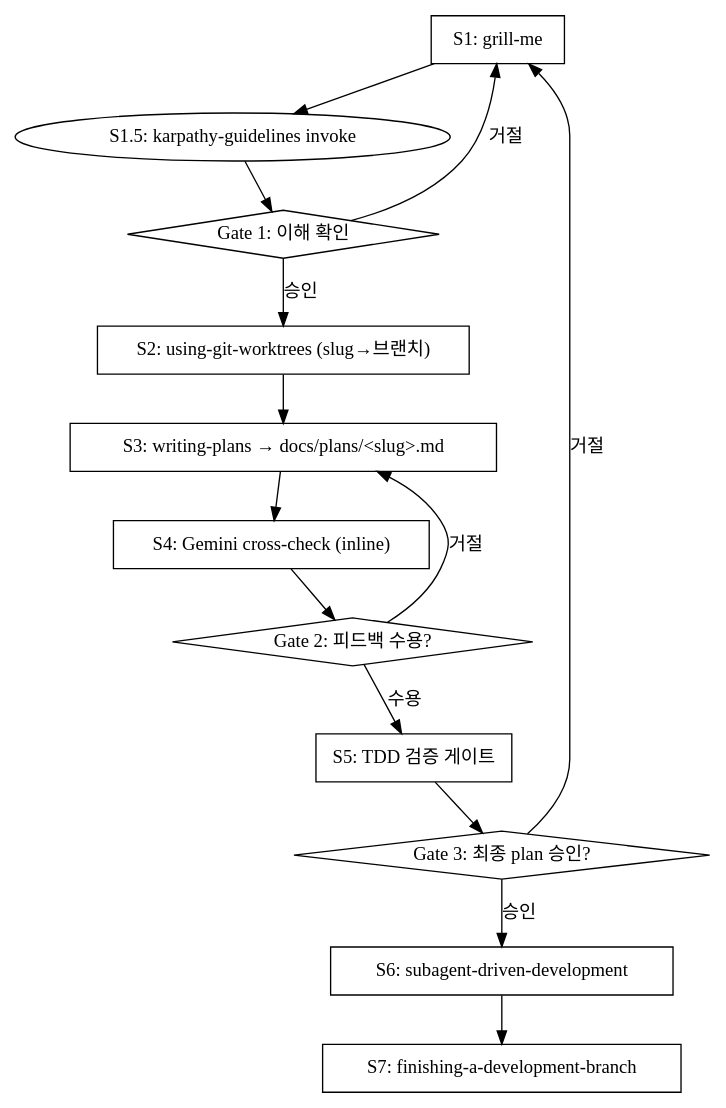
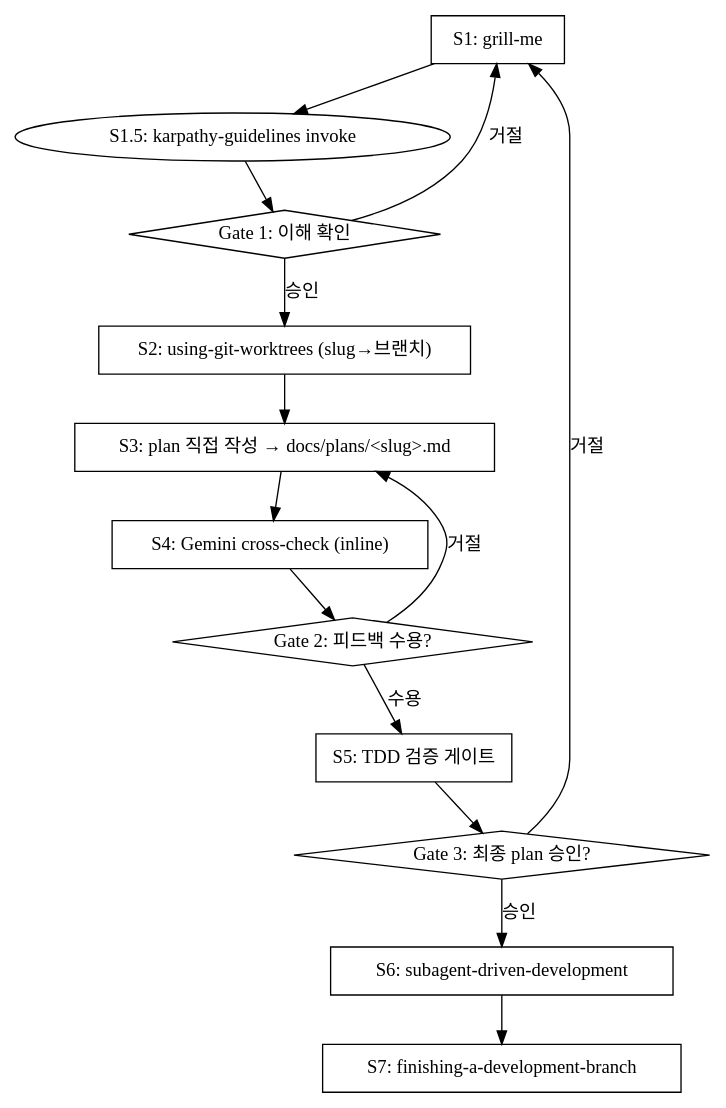
The diagram in plugins/workflow/skills/feature-pipeline/SKILL.md (ppzxc/engineering-guidelines), drawn with Graphviz before and after one commit. The commit also changed other lines of this file and 8 other files, not shown here.

````diff
--- a/plugins/workflow/skills/feature-pipeline/SKILL.md
+++ b/plugins/workflow/skills/feature-pipeline/SKILL.md
@@ -35,29 +35,29 @@
 ```dot
 digraph pipeline {
     rankdir=TB;
     "S1: grill-me" [shape=box];
     "Gate 1: 이해 확인" [shape=diamond];
     "S2: using-git-worktrees (slug→브랜치)" [shape=box];
-    "S3: writing-plans → docs/plans/<slug>.md" [shape=box];
+    "S3: plan 직접 작성 → docs/plans/<slug>.md" [shape=box];
     "S4: Gemini cross-check (inline)" [shape=box];
     "Gate 2: 피드백 수용?" [shape=diamond];
     "S5: TDD 검증 게이트" [shape=box];
     "Gate 3: 최종 plan 승인?" [shape=diamond];
     "S6: subagent-driven-development" [shape=box];
     "S7: finishing-a-development-branch" [shape=box];
 
     "S1: grill-me" -> "S1.5: karpathy-guidelines invoke";
     "S1.5: karpathy-guidelines invoke" -> "Gate 1: 이해 확인";
     "Gate 1: 이해 확인" -> "S2: using-git-worktrees (slug→브랜치)" [label="승인"];
     "Gate 1: 이해 확인" -> "S1: grill-me" [label="거절"];
-    "S2: using-git-worktrees (slug→브랜치)" -> "S3: writing-plans → docs/plans/<slug>.md";
-    "S3: writing-plans → docs/plans/<slug>.md" -> "S4: Gemini cross-check (inline)";
+    "S2: using-git-worktrees (slug→브랜치)" -> "S3: plan 직접 작성 → docs/plans/<slug>.md";
+    "S3: plan 직접 작성 → docs/plans/<slug>.md" -> "S4: Gemini cross-check (inline)";
     "S4: Gemini cross-check (inline)" -> "Gate 2: 피드백 수용?";
-    "Gate 2: 피드백 수용?" -> "S3: writing-plans → docs/plans/<slug>.md" [label="거절"];
+    "Gate 2: 피드백 수용?" -> "S3: plan 직접 작성 → docs/plans/<slug>.md" [label="거절"];
     "Gate 2: 피드백 수용?" -> "S5: TDD 검증 게이트" [label="수용"];
     "S5: TDD 검증 게이트" -> "Gate 3: 최종 plan 승인?";
     "Gate 3: 최종 plan 승인?" -> "S1: grill-me" [label="거절"];
     "Gate 3: 최종 plan 승인?" -> "S6: subagent-driven-development" [label="승인"];
     "S6: subagent-driven-development" -> "S7: finishing-a-development-branch";
 }
 ```
````
